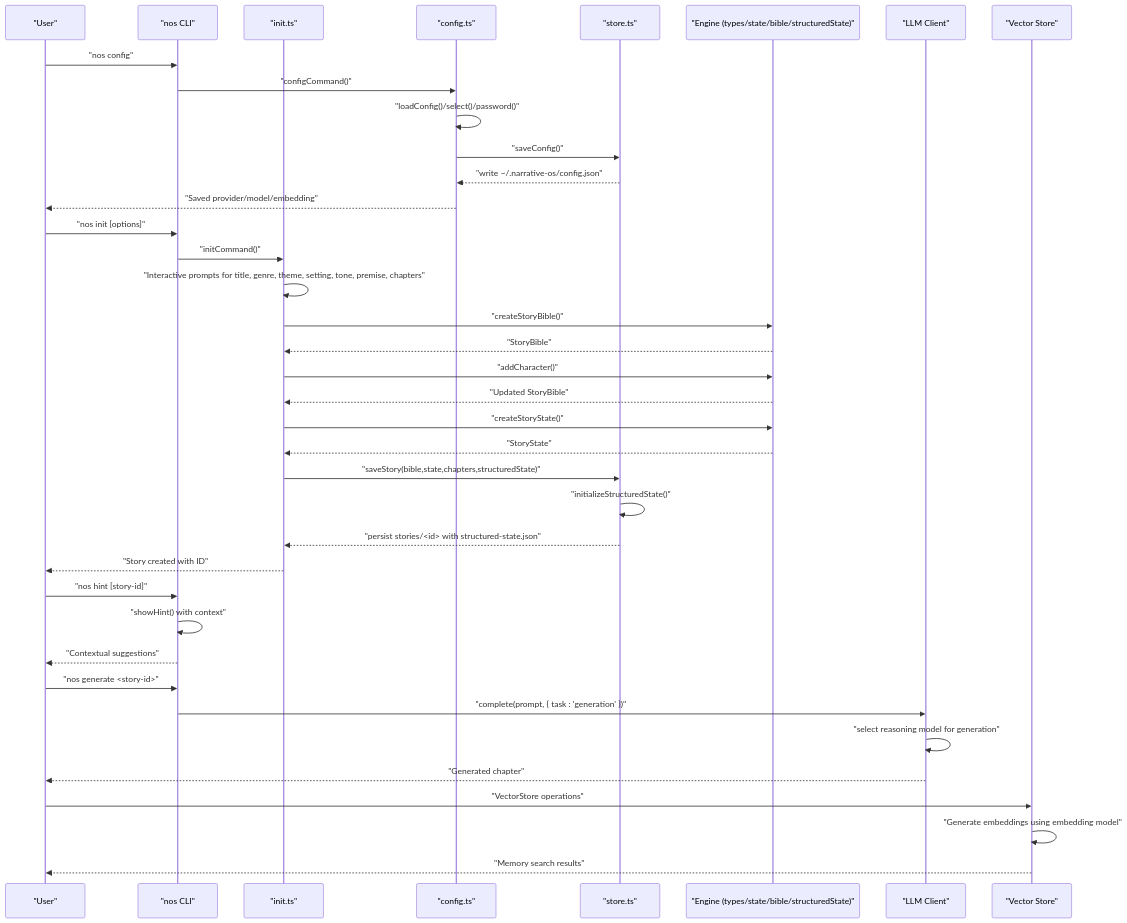
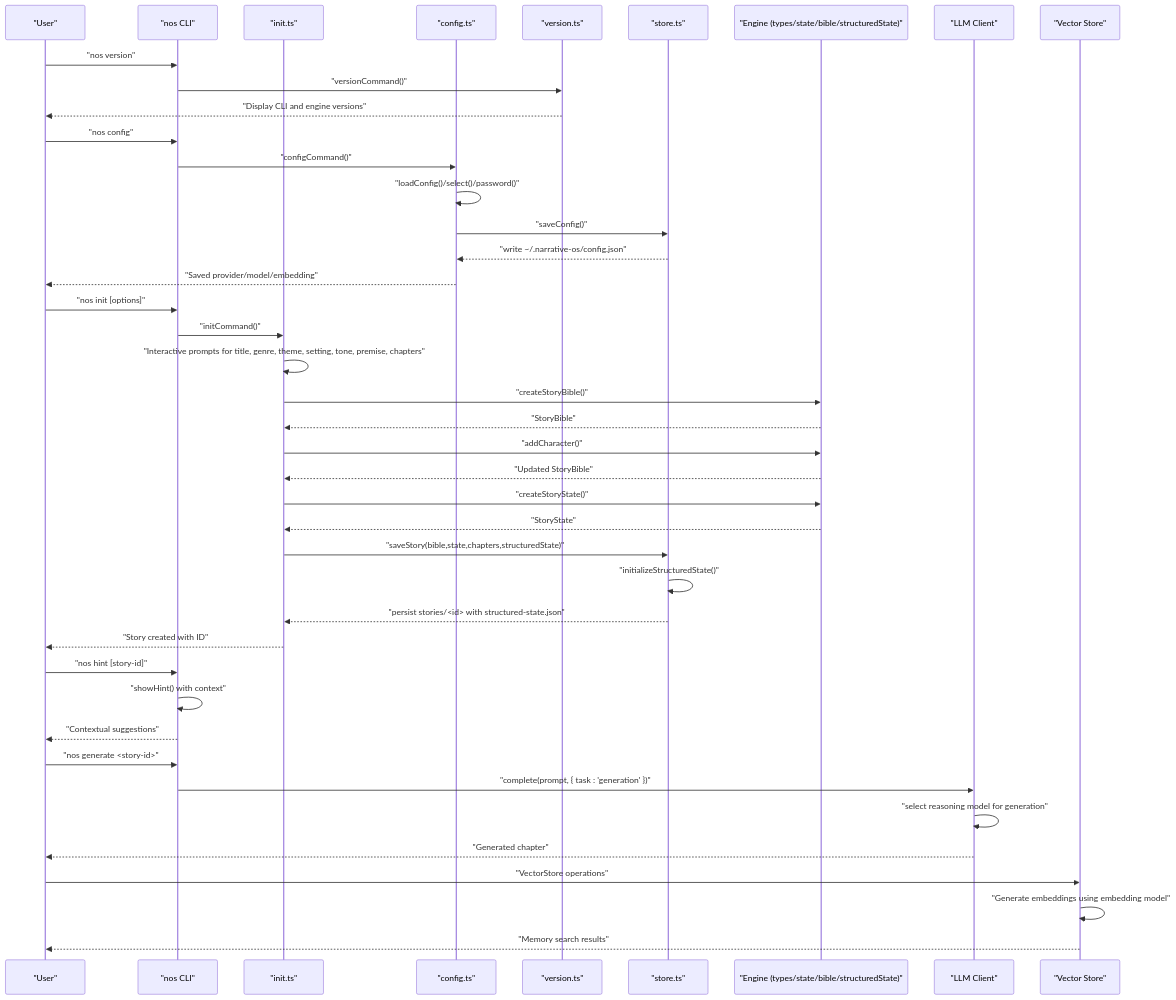
Before and after one commit to liwonder/NARRITIVE_OS: the second of 4 diagrams in .qoder/repowiki/en/content/CLI Command Reference.md, drawn with Mermaid. The commit also changed other lines of this file and 4 other files, not shown here.

Commit message:
wiki and full flow test case

````diff
--- a/.qoder/repowiki/en/content/CLI Command Reference.md
+++ b/.qoder/repowiki/en/content/CLI Command Reference.md
@@ -176,40 +183,44 @@
 ```mermaid
 sequenceDiagram
 participant User as "User"
 participant CLI as "nos CLI"
 participant Init as "init.ts"
 participant Config as "config.ts"
+participant Version as "version.ts"
 participant Store as "store.ts"
 participant Engine as "Engine (types/state/bible/structuredState)"
 participant LLMClient as "LLM Client"
 participant VectorStore as "Vector Store"
+User->>CLI : "nos version"
+CLI->>Version : "versionCommand()"
+Version-->>User : "Display CLI and engine versions"
 User->>CLI : "nos config"
 CLI->>Config : "configCommand()"
 Config->>Config : "loadConfig()/select()/password()"
 Config->>Store : "saveConfig()"
 Store-->>Config : "write ~/.narrative-os/config.json"
 Config-->>User : "Saved provider/model/embedding"
 User->>CLI : "nos init [options]"
 CLI->>Init : "initCommand()"
 Init->>Init : "Interactive prompts for title, genre, theme, setting, tone, premise, chapters"
 Init->>Engine : "createStoryBible()"
 Engine-->>Init : "StoryBible"
 Init->>Engine : "addCharacter()"
 Engine-->>Init : "Updated StoryBible"
 Init->>Engine : "createStoryState()"
 Engine-->>Init : "StoryState"
 Init->>Store : "saveStory(bible,state,chapters,structuredState)"
 Store->>Store : "initializeStructuredState()"
 Store-->>Init : "persist stories/<id> with structured-state.json"
 Init-->>User : "Story created with ID"
 User->>CLI : "nos hint [story-id]"
 CLI->>CLI : "showHint() with context"
 CLI-->>User : "Contextual suggestions"
 User->>CLI : "nos generate <story-id>"
 CLI->>LLMClient : "complete(prompt, { task : 'generation' })"
 LLMClient->>LLMClient : "select reasoning model for generation"
 LLMClient-->>User : "Generated chapter"
 User->>VectorStore : "VectorStore operations"
 VectorStore->>VectorStore : "Generate embeddings using embedding model"
 VectorStore-->>User : "Memory search results"
 ```
````
